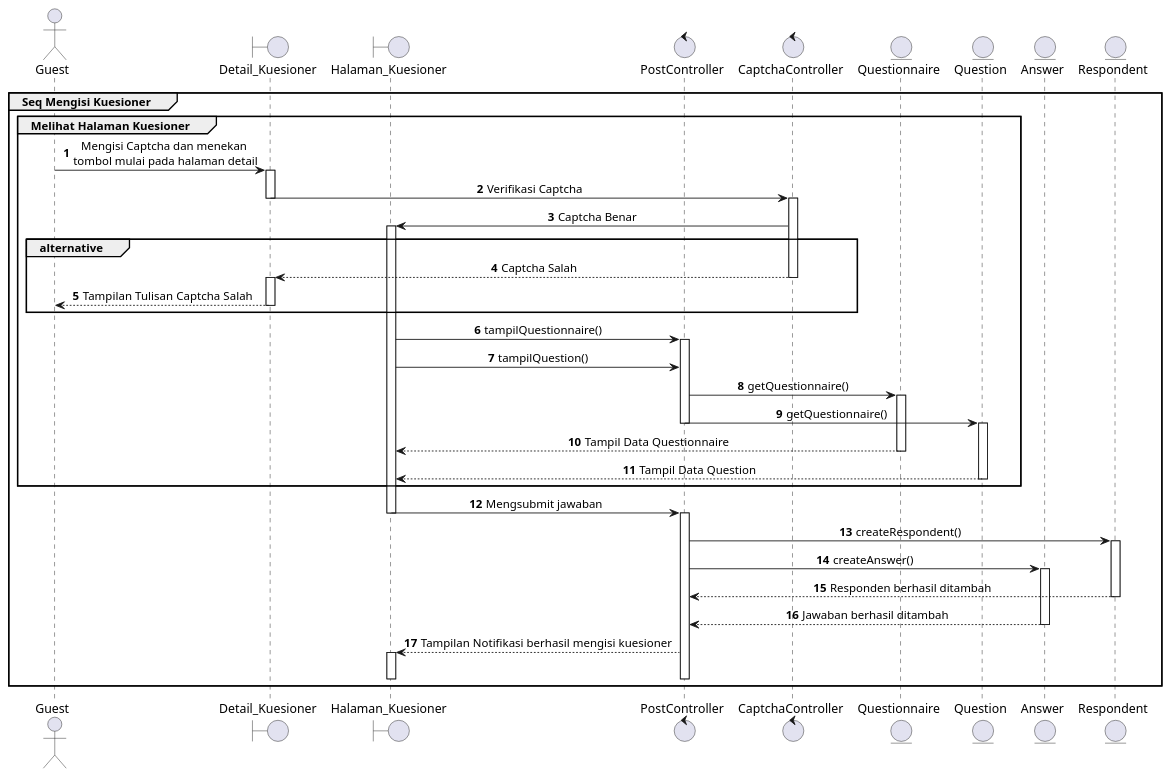
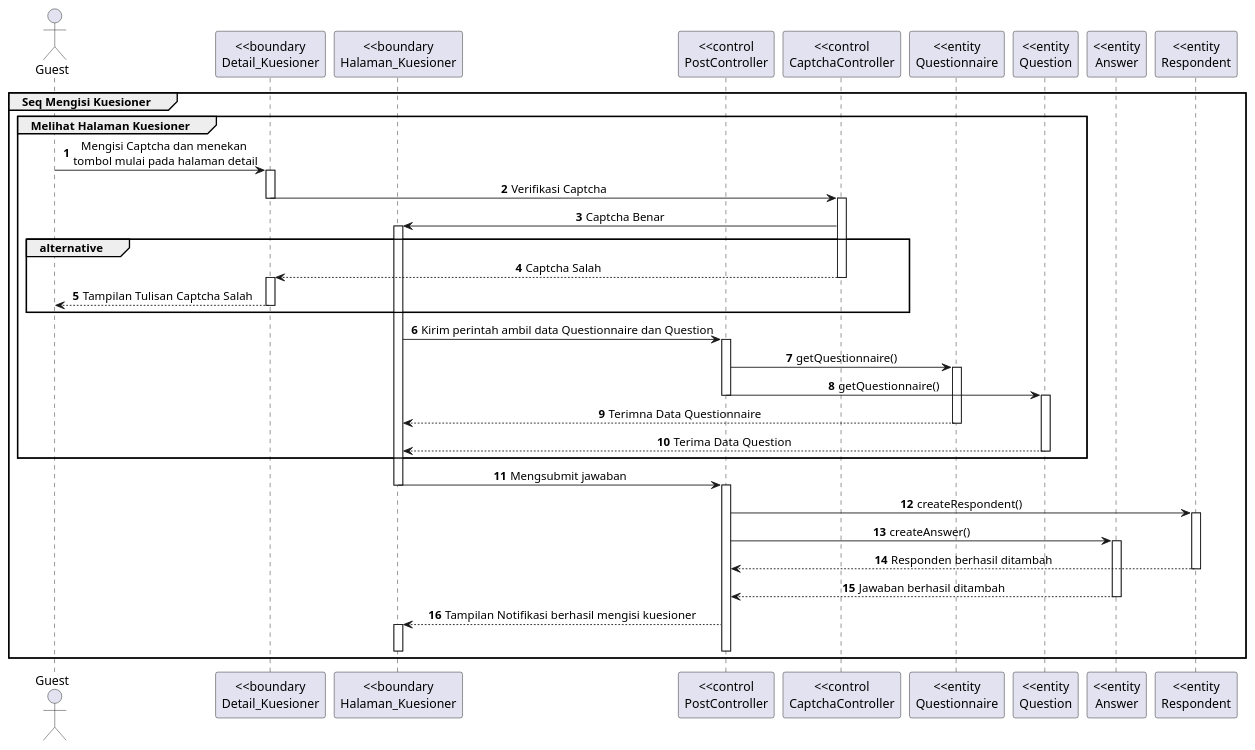
Before and after one commit to Churma16/indeks-kepuasan-masyarakat: the diagram in documentation/SequenceDiagram/isiKuesionerSD.puml, drawn with PlantUML. The commit also changed 16 other files, not shown here.

```diff
--- a/documentation/SequenceDiagram/isiKuesionerSD.puml
+++ b/documentation/SequenceDiagram/isiKuesionerSD.puml
@@ -1,71 +1,70 @@
-@startuml Interaction Mengisi Kuesioner
+@startuml Interaction Mengisi Kuesioner 2
 autonumber
 skinparam SequenceMessageAlignment center
 
 actor "Guest" as A
-boundary "Detail_Kuesioner" as detail
-boundary "Halaman_Kuesioner" as halaman    
-control "PostController" as pcontrol
-control "CaptchaController" as ccontrol
-entity "Questionnaire" as q
-entity "Question" as qn
-entity "Answer" as a
-entity "Respondent" as r
+participant "<<boundary\nDetail_Kuesioner" as detail
+participant "<<boundary\nHalaman_Kuesioner" as halaman    
+participant "<<control\nPostController" as pcontrol
+participant "<<control\nCaptchaController" as ccontrol
+participant "<<entity\nQuestionnaire" as q
+participant "<<entity\nQuestion" as qn
+participant "<<entity\nAnswer" as a
+participant "<<entity\nRespondent" as r
 
 group Seq Mengisi Kuesioner
 
 
     group Melihat Halaman Kuesioner
         A->detail: Mengisi Captcha dan menekan \ntombol mulai pada halaman detail
         activate detail
         detail -> ccontrol : Verifikasi Captcha
         deactivate detail
         activate ccontrol
         ccontrol -> halaman : Captcha Benar
         activate halaman
         group alternative 
             ccontrol --> detail: Captcha Salah
             deactivate ccontrol
             activate detail
             detail --> A: Tampilan Tulisan Captcha Salah
             deactivate detail
         end
-        halaman-> pcontrol: tampilQuestionnaire()
+        halaman-> pcontrol: Kirim perintah ambil data Questionnaire dan Question
         activate pcontrol
-        halaman-> pcontrol: tampilQuestion()
 
         pcontrol->q: getQuestionnaire()
         activate q
         pcontrol->qn: getQuestionnaire()
         deactivate pcontrol
         activate qn
-        q-->halaman: Tampil Data Questionnaire
+        q-->halaman: Terimna Data Questionnaire
         deactivate q
-        qn-->halaman: Tampil Data Question
+        qn-->halaman: Terima Data Question
         deactivate qn
 
     end
 
     halaman -> pcontrol: Mengsubmit jawaban
         deactivate halaman
     activate pcontrol
     pcontrol -> r: createRespondent()
     activate r
     pcontrol -> a: createAnswer()
     activate a
 
     r-->pcontrol: Responden berhasil ditambah
     deactivate r
     a-->pcontrol: Jawaban berhasil ditambah
     deactivate a
 
     pcontrol-->halaman: Tampilan Notifikasi berhasil mengisi kuesioner
     activate halaman
     deactivate halaman
     deactivate pcontrol
     
 
 end
 
 
 @enduml
```
